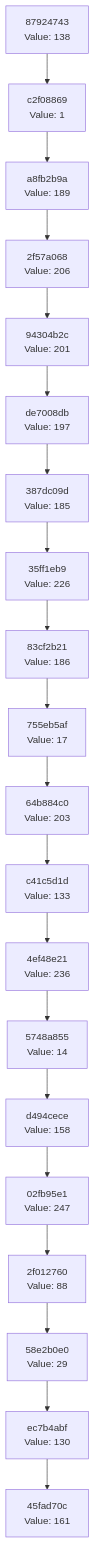
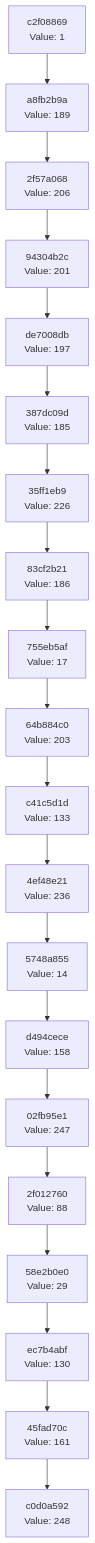
One commit to Abhisheksinha1506/hash-chain-evolver changed the diagram in docs/CHAIN_VISUALIZATION.md. Above: the diagram before and after it, drawn with Mermaid. The commit also changed 3 other files, not shown here.

````diff
--- a/docs/CHAIN_VISUALIZATION.md
+++ b/docs/CHAIN_VISUALIZATION.md
@@ -3,42 +3,42 @@
 ```mermaid
 graph TD
-    C0["45fad70c<br/>Value: 161"]
-    C1["ec7b4abf<br/>Value: 130"]
+    C0["c0d0a592<br/>Value: 248"]
+    C1["45fad70c<br/>Value: 161"]
     C1 --> C0
-    C2["58e2b0e0<br/>Value: 29"]
+    C2["ec7b4abf<br/>Value: 130"]
     C2 --> C1
-    C3["2f012760<br/>Value: 88"]
+    C3["58e2b0e0<br/>Value: 29"]
     C3 --> C2
-    C4["02fb95e1<br/>Value: 247"]
+    C4["2f012760<br/>Value: 88"]
     C4 --> C3
-    C5["d494cece<br/>Value: 158"]
+    C5["02fb95e1<br/>Value: 247"]
     C5 --> C4
-    C6["5748a855<br/>Value: 14"]
+    C6["d494cece<br/>Value: 158"]
     C6 --> C5
-    C7["4ef48e21<br/>Value: 236"]
+    C7["5748a855<br/>Value: 14"]
     C7 --> C6
-    C8["c41c5d1d<br/>Value: 133"]
+    C8["4ef48e21<br/>Value: 236"]
     C8 --> C7
-    C9["64b884c0<br/>Value: 203"]
+    C9["c41c5d1d<br/>Value: 133"]
     C9 --> C8
-    C10["755eb5af<br/>Value: 17"]
+    C10["64b884c0<br/>Value: 203"]
     C10 --> C9
-    C11["83cf2b21<br/>Value: 186"]
+    C11["755eb5af<br/>Value: 17"]
     C11 --> C10
-    C12["35ff1eb9<br/>Value: 226"]
+    C12["83cf2b21<br/>Value: 186"]
     C12 --> C11
-    C13["387dc09d<br/>Value: 185"]
+    C13["35ff1eb9<br/>Value: 226"]
     C13 --> C12
-    C14["de7008db<br/>Value: 197"]
+    C14["387dc09d<br/>Value: 185"]
     C14 --> C13
-    C15["94304b2c<br/>Value: 201"]
+    C15["de7008db<br/>Value: 197"]
     C15 --> C14
-    C16["2f57a068<br/>Value: 206"]
+    C16["94304b2c<br/>Value: 201"]
     C16 --> C15
-    C17["a8fb2b9a<br/>Value: 189"]
+    C17["2f57a068<br/>Value: 206"]
     C17 --> C16
-    C18["c2f08869<br/>Value: 1"]
+    C18["a8fb2b9a<br/>Value: 189"]
     C18 --> C17
-    C19["87924743<br/>Value: 138"]
+    C19["c2f08869<br/>Value: 1"]
     C19 --> C18
 ```
````
